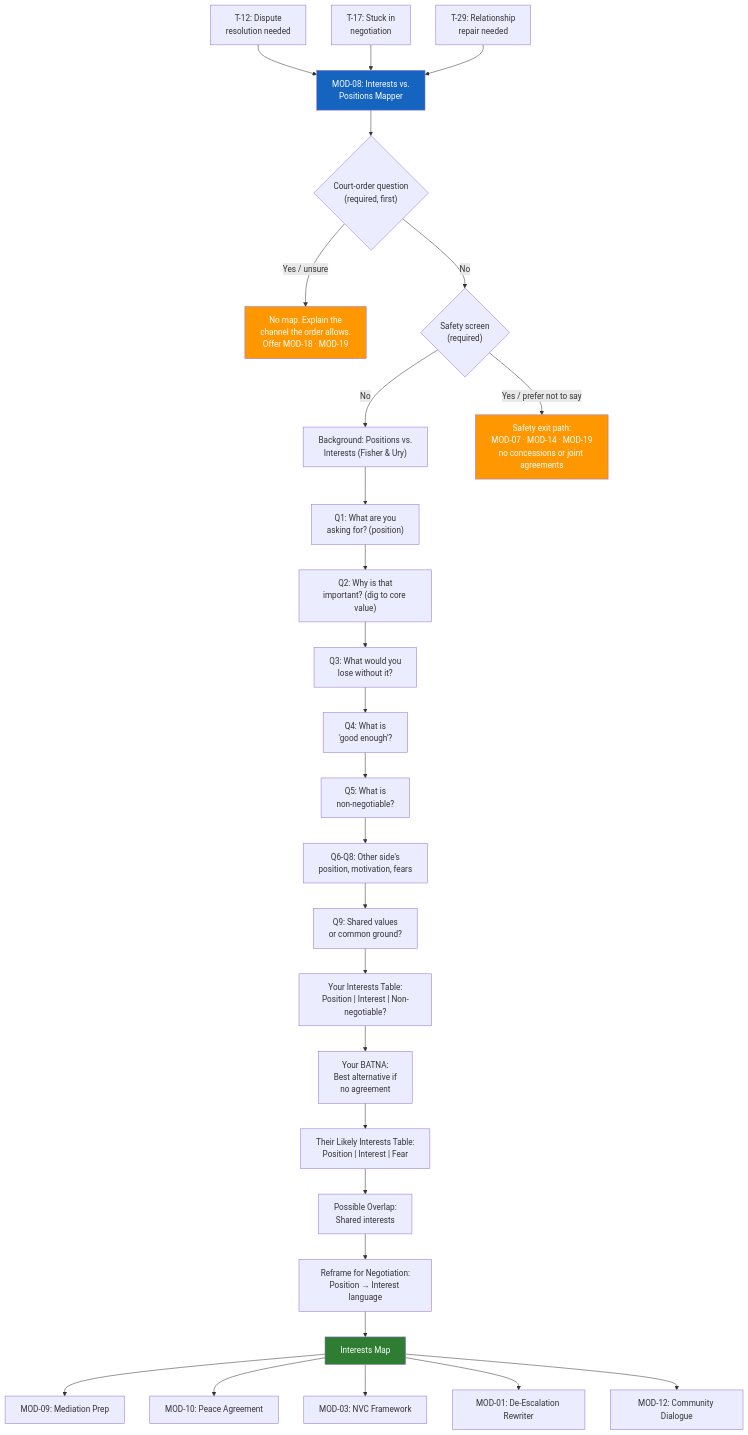
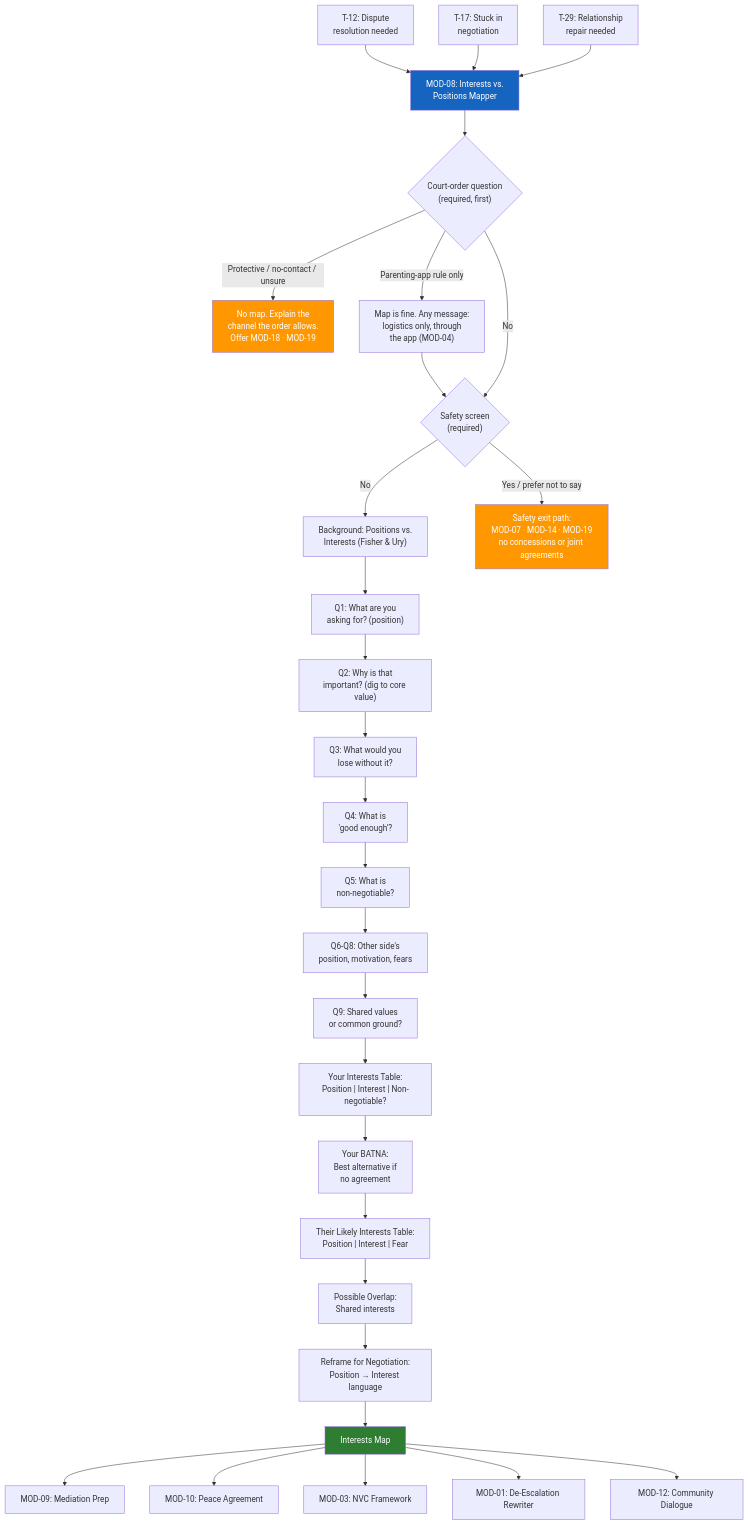
Before and after one commit to dougdevitre/access-to-peace: the diagram in modules/MOD-08-interests-positions.md, drawn with Mermaid. The commit also changed other lines of this file and 4 other files, not shown here.

First line of the commit message:
Apply Doug's decisions: parenting-app-only path, drop MOD-08 duplicate

````diff
--- a/modules/MOD-08-interests-positions.md
+++ b/modules/MOD-08-interests-positions.md
@@ -17,39 +17,41 @@
 ```mermaid
 flowchart TD
     T12["T-12: Dispute\nresolution needed"] --> ENTRY
     T17["T-17: Stuck in\nnegotiation"] --> ENTRY
     T29["T-29: Relationship\nrepair needed"] --> ENTRY
 
     ENTRY["MOD-08: Interests vs.\nPositions Mapper"]:::blue --> ORDER{"Court-order question\n(required, first)"}
-    ORDER -- "Yes / unsure" --> CHANNEL["No map. Explain the\nchannel the order allows.\nOffer MOD-18 · MOD-19"]
+    ORDER -- "Protective / no-contact / unsure" --> CHANNEL["No map. Explain the\nchannel the order allows.\nOffer MOD-18 · MOD-19"]
     style CHANNEL fill:#ff9800,color:#fff
+    ORDER -- "Parenting-app rule only" --> APP["Map is fine. Any message:\nlogistics only, through\nthe app (MOD-04)"]
+    APP --> SCREEN
     ORDER -- "No" --> SCREEN{"Safety screen\n(required)"}
     SCREEN -- "No" --> BG["Background: Positions vs.\nInterests (Fisher & Ury)"]
     SCREEN -- "Yes / prefer not to say" --> EXIT["Safety exit path:\nMOD-07 · MOD-14 · MOD-19\nno concessions or joint agreements"]
     style EXIT fill:#ff9800,color:#fff
     BG --> YOUR1["Q1: What are you\nasking for? (position)"]
     YOUR1 --> YOUR2["Q2: Why is that\nimportant? (dig to core value)"]
     YOUR2 --> YOUR3["Q3: What would you\nlose without it?"]
     YOUR3 --> YOUR4["Q4: What is\n'good enough'?"]
     YOUR4 --> YOUR5["Q5: What is\nnon-negotiable?"]
 
     YOUR5 --> THEIR["Q6-Q8: Other side's\nposition, motivation, fears"]
     THEIR --> OVERLAP["Q9: Shared values\nor common ground?"]
 
     OVERLAP --> MAP_YOU["Your Interests Table:\nPosition | Interest | Non-negotiable?"]
     MAP_YOU --> BATNA["Your BATNA:\nBest alternative if\nno agreement"]
     BATNA --> MAP_THEM["Their Likely Interests Table:\nPosition | Interest | Fear"]
     MAP_THEM --> COMMON["Possible Overlap:\nShared interests"]
     COMMON --> REFRAME["Reframe for Negotiation:\nPosition → Interest language"]
 
     REFRAME --> OUTPUT["Interests Map"]:::green
 
     OUTPUT --> MOD09["MOD-09: Mediation Prep"]
     OUTPUT --> MOD10["MOD-10: Peace Agreement"]
     OUTPUT --> MOD03["MOD-03: NVC Framework"]
     OUTPUT --> MOD01["MOD-01: De-Escalation Rewriter"]
     OUTPUT --> MOD12["MOD-12: Community Dialogue"]
 
     classDef blue fill:#1565c0,color:#fff
     classDef green fill:#2e7d32,color:#fff
 ```
````
